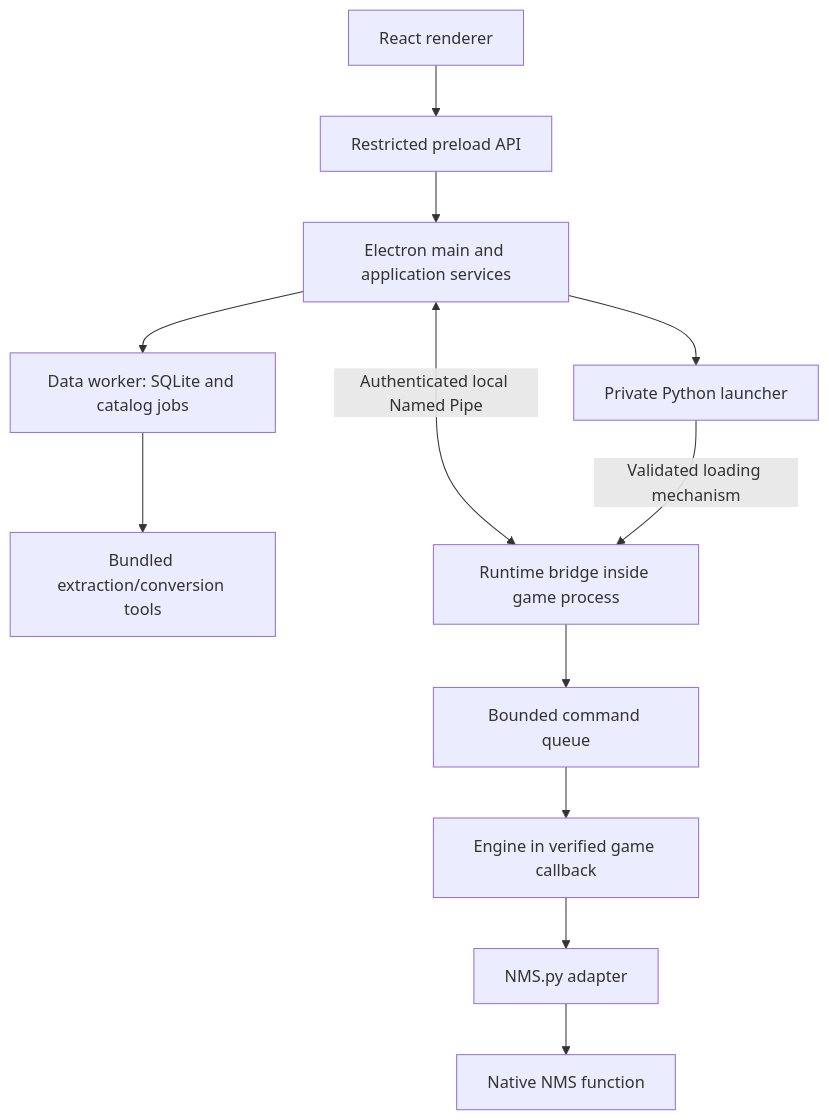
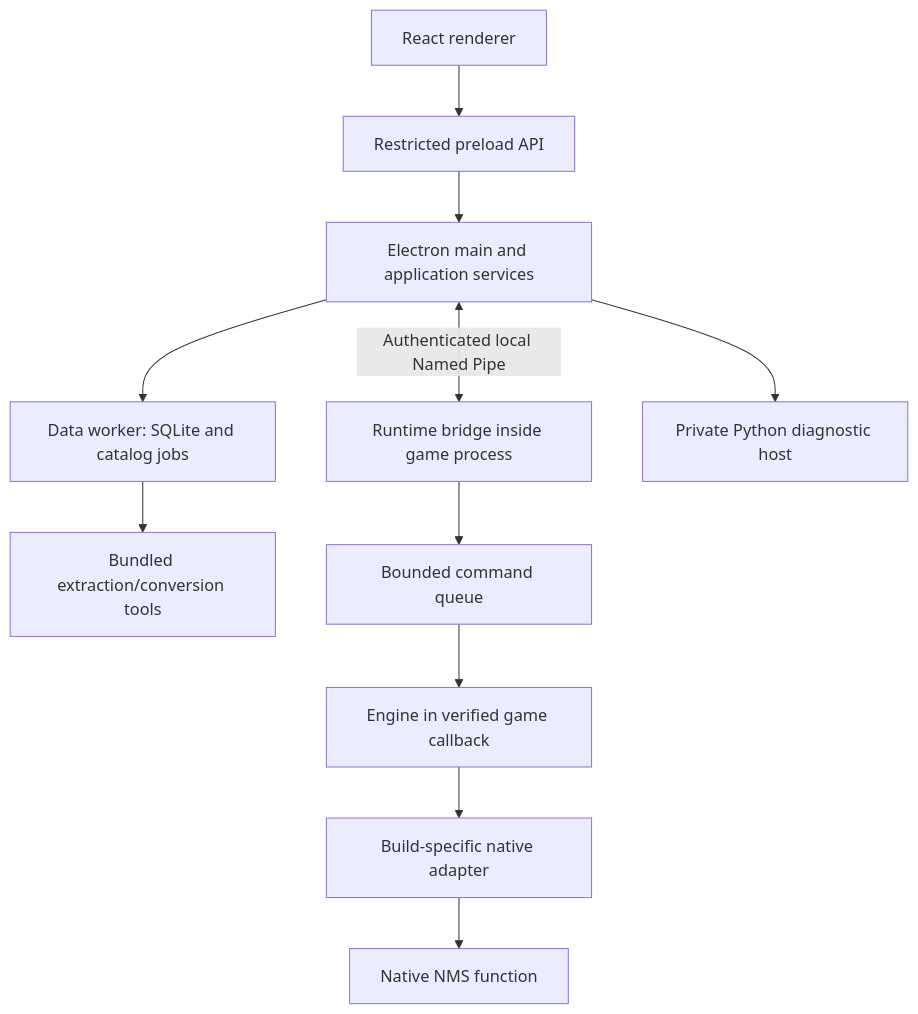
One commit to NoMansSkyBrasil/NMS-Courier changed the diagram in docs/ARCHITECTURE.md. Above: the diagram before and after it, drawn with Mermaid. The commit also changed other lines of this file and 28 other files, not shown here.

````diff
--- a/docs/ARCHITECTURE.md
+++ b/docs/ARCHITECTURE.md
@@ -7,14 +7,13 @@
 ```mermaid
 flowchart TD
     UI[React renderer] --> PRE[Restricted preload API]
     PRE --> MAIN[Electron main and application services]
     MAIN --> DATA[Data worker: SQLite and catalog jobs]
     DATA --> TOOL[Bundled extraction/conversion tools]
-    MAIN --> HOST[Private Python launcher]
     MAIN <-->|Authenticated local Named Pipe| BRIDGE[Runtime bridge inside game process]
-    HOST -->|Validated loading mechanism| BRIDGE
+    MAIN --> HOST[Private Python diagnostic host]
     BRIDGE --> QUEUE[Bounded command queue]
     QUEUE --> ENGINE[Engine in verified game callback]
-    ENGINE --> ADAPTER[NMS.py adapter]
+    ENGINE --> ADAPTER[Build-specific native adapter]
     ADAPTER --> GAME[Native NMS function]
 ```
````
